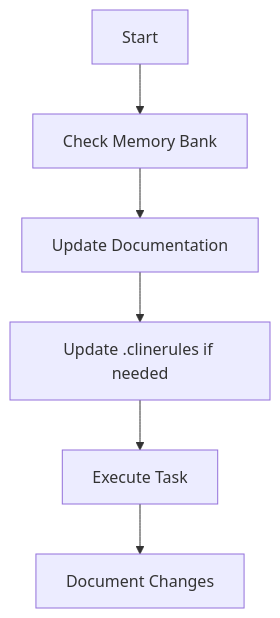
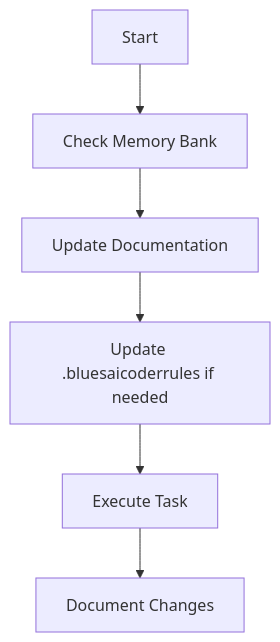
One commit to blue-blues/blue_coder changed the third of 5 diagrams in old_docs/prompting/custom instructions library/raw-instructions/cline-memory-bank.md. Above: the diagram before and after it, drawn with Mermaid. The commit also changed other lines of this file and 199 other files, not shown here.

````diff
--- a/old_docs/prompting/custom instructions library/raw-instructions/cline-memory-bank.md
+++ b/old_docs/prompting/custom instructions library/raw-instructions/cline-memory-bank.md
@@ -84,8 +84,8 @@
 ```mermaid
 flowchart TD
     Start[Start] --> Context[Check Memory Bank]
     Context --> Update[Update Documentation]
-    Update --> Rules[Update .clinerules if needed]
+    Update --> Rules[Update .bluesaicoderrules if needed]
     Rules --> Execute[Execute Task]
     Execute --> Document[Document Changes]
 ```
````
